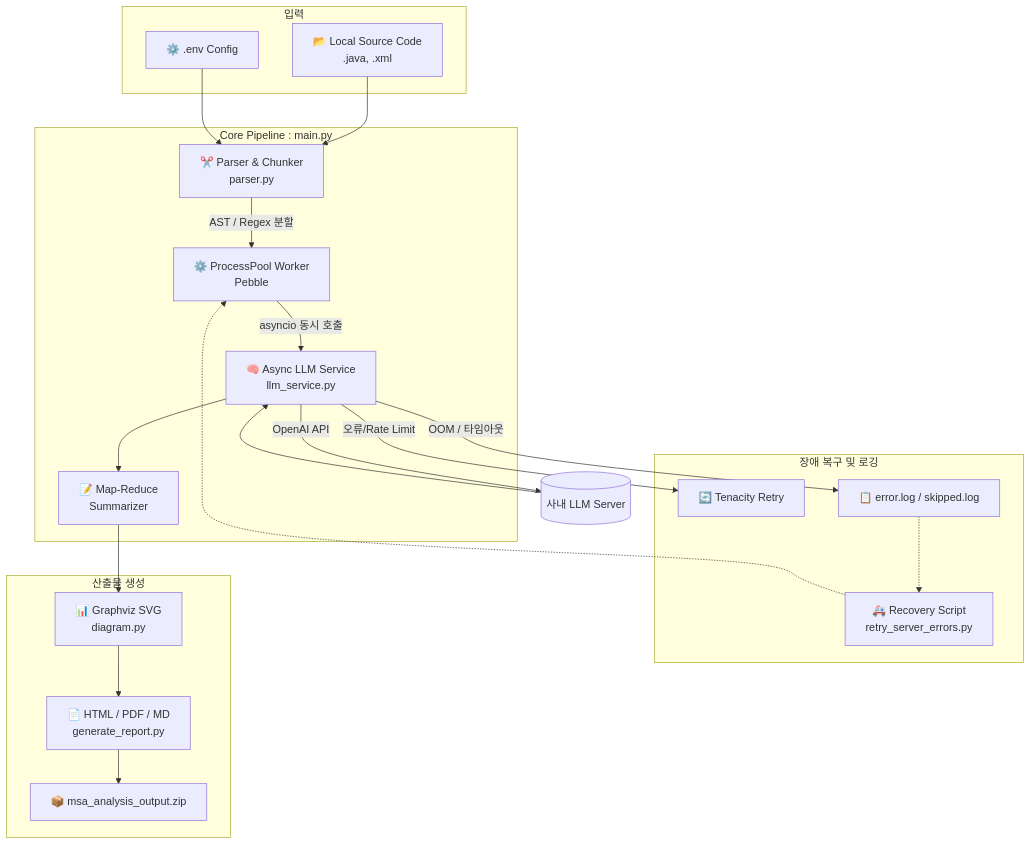
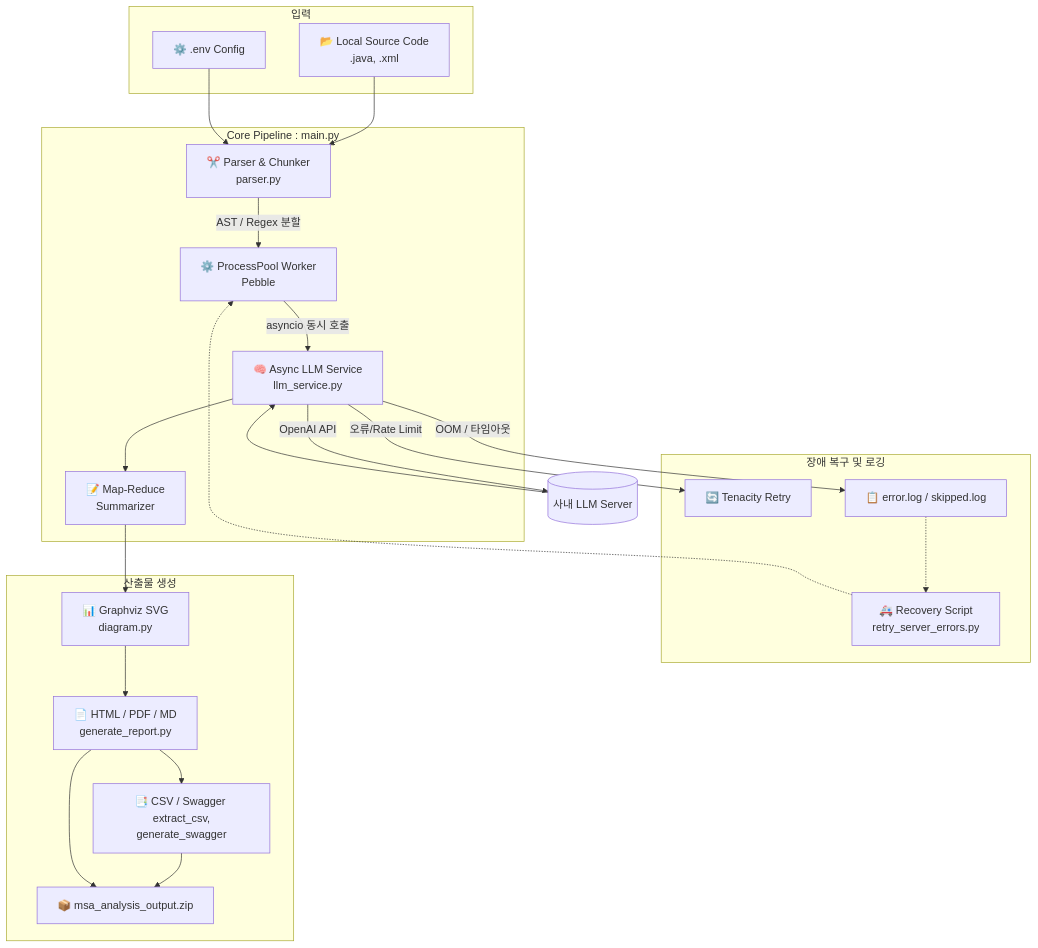
Before and after one commit to soyoo84/MSA_architect: the diagram in README.md, drawn with Mermaid. The commit also changed other lines of this file and 11 other files, not shown here.

````diff
--- a/README.md
+++ b/README.md
@@ -26,41 +26,44 @@
 ```mermaid
 graph TD
     subgraph Input [입력]
         SRC[📂 Local Source Code <br/> .java, .xml]
         ENV[⚙️ .env Config]
     end
 
     subgraph Core_Pipeline [Core Pipeline : main.py]
         PARSER[✂️ Parser & Chunker <br/> parser.py]
         WORKER[⚙️ ProcessPool Worker <br/> Pebble]
         LLM_SVC[🧠 Async LLM Service <br/> llm_service.py]
         REDUCE[📝 Map-Reduce <br/> Summarizer]
     end
 
     subgraph Resilience [장애 복구 및 로깅]
         RETRY[🔄 Tenacity Retry]
         LOGS[📋 error.log / skipped.log]
         RECOVERY[🚑 Recovery Script <br/> retry_server_errors.py]
     end
 
     subgraph Output [산출물 생성]
         DIAGRAM[📊 Graphviz SVG <br/> diagram.py]
         REPORT[📄 HTML / PDF / MD <br/> generate_report.py]
+        CSV[📑 CSV / Swagger <br/> extract_csv, generate_swagger]
         ZIP[📦 msa_analysis_output.zip]
     end
 
     SRC --> PARSER
     ENV --> PARSER
     PARSER -- AST / Regex 분할 --> WORKER
     WORKER -- asyncio 동시 호출 --> LLM_SVC
     LLM_SVC -- OpenAI API --> QWEN[(사내 LLM Server)]
     QWEN --> LLM_SVC
     LLM_SVC -- 오류/Rate Limit --> RETRY
     LLM_SVC -- OOM / 타임아웃 --> LOGS
     LOGS -.-> RECOVERY
     RECOVERY -.-> WORKER
     LLM_SVC --> REDUCE
     REDUCE --> DIAGRAM
     DIAGRAM --> REPORT
+    REPORT --> CSV
+    CSV --> ZIP
     REPORT --> ZIP
 ```
````
